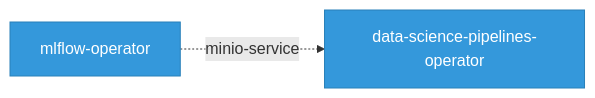
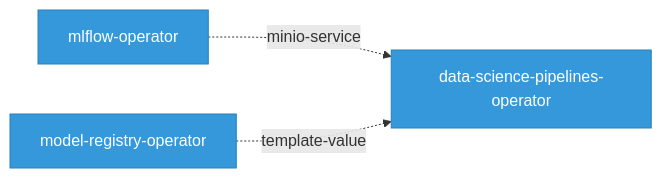
Before and after one commit to ugiordan/rhoai-architecture-analyzer: the diagram in site/docs/odh-platform/network-topology.md, drawn with Mermaid. The commit also changed other lines of this file and 115 other files, not shown here.

````diff
--- a/site/docs/odh-platform/network-topology.md
+++ b/site/docs/odh-platform/network-topology.md
@@ -36,9 +36,11 @@
 ```mermaid
 graph LR
     classDef comp fill:#3498db,stroke:#2980b9,color:#fff
 
     data_science_pipelines_operator["data-science-pipelines-operator"]:::comp
     mlflow_operator["mlflow-operator"]:::comp
+    model_registry_operator["model-registry-operator"]:::comp
 
     mlflow_operator -.->|"minio-service"| data_science_pipelines_operator
+    model_registry_operator -.->|"template-value"| data_science_pipelines_operator
 ```
````
